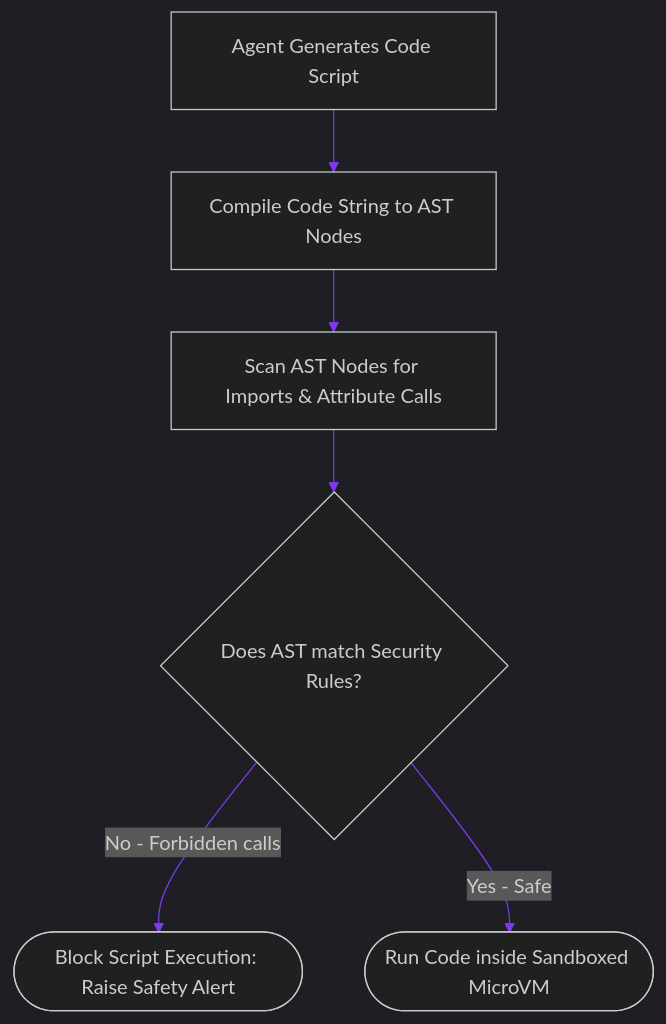
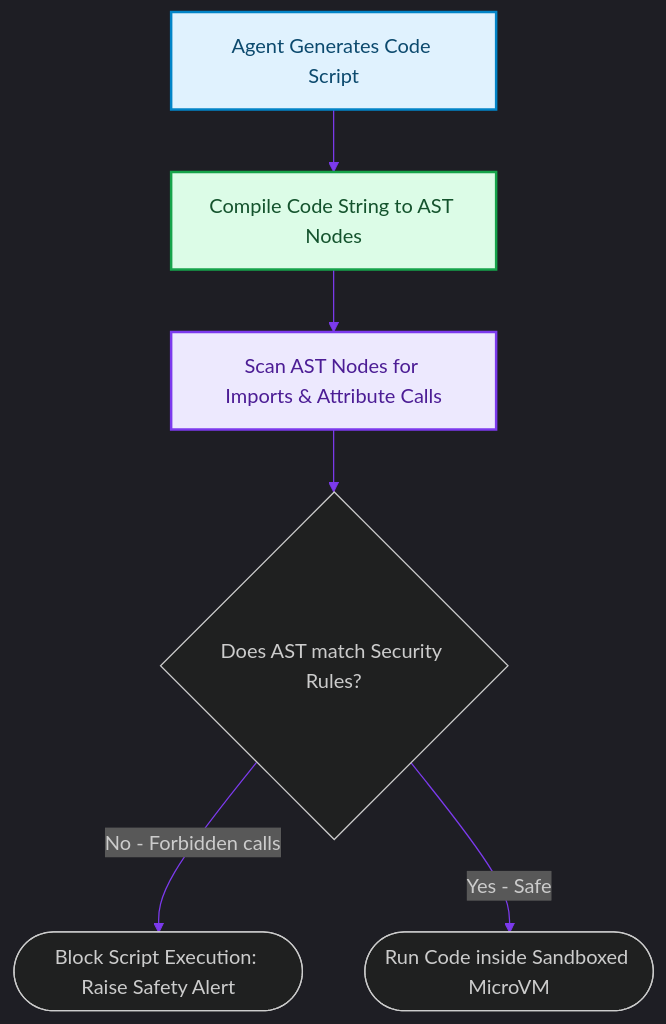
The diagram in blog/posts/security-ast-pre-execution-code-injection-scanning.md (akmalkhaniub/akmalkhaniub.github.io), drawn with Mermaid before and after one commit. The commit also changed other lines of this file and 1291 other files, not shown here.

First line of the commit message:
feat(catalog): unique covers, scholarly references, and diagram palettes

````diff
--- a/blog/posts/security-ast-pre-execution-code-injection-scanning.md
+++ b/blog/posts/security-ast-pre-execution-code-injection-scanning.md
@@ -16,10 +16,19 @@
 ```mermaid
 %%{init: {'theme': 'dark', 'themeVariables': { 'primaryColor': '#7c3aed', 'primaryTextColor': '#f3f4f6', 'primaryBorderColor': '#a78bfa', 'lineColor': '#7c3aed', 'secondaryColor': '#111827', 'tertiaryColor': '#0b0f19'}}}%%
 flowchart TD
-    Code[Agent Generates Code Script] --> AST[Compile Code String to AST Nodes]
-    AST --> Scan[Scan AST Nodes for Imports & Attribute Calls]
+    Code["Agent Generates Code Script"] --> AST["Compile Code String to AST Nodes"]
+    AST --> Scan["Scan AST Nodes for Imports & Attribute Calls"]
     
     Scan --> Verify{Does AST match Security Rules?}
     Verify -->|No - Forbidden calls| Block([Block Script Execution: Raise Safety Alert])
     Verify -->|Yes - Safe| Sandbox([Run Code inside Sandboxed MicroVM])
+
+classDef green fill:#dcfce7,stroke:#16a34a,stroke-width:2px,color:#14532d;
+classDef red fill:#fee2e2,stroke:#dc2626,stroke-width:2px,color:#7f1d1d;
+classDef blue fill:#e0f2fe,stroke:#0284c7,stroke-width:2px,color:#0c4a6e;
+classDef yellow fill:#fef3c7,stroke:#d97706,stroke-width:2px,color:#78350f;
+classDef purple fill:#ede9fe,stroke:#7c3aed,stroke-width:2px,color:#4c1d95;
+class Code blue
+class AST green
+class Scan purple
 ```
````
